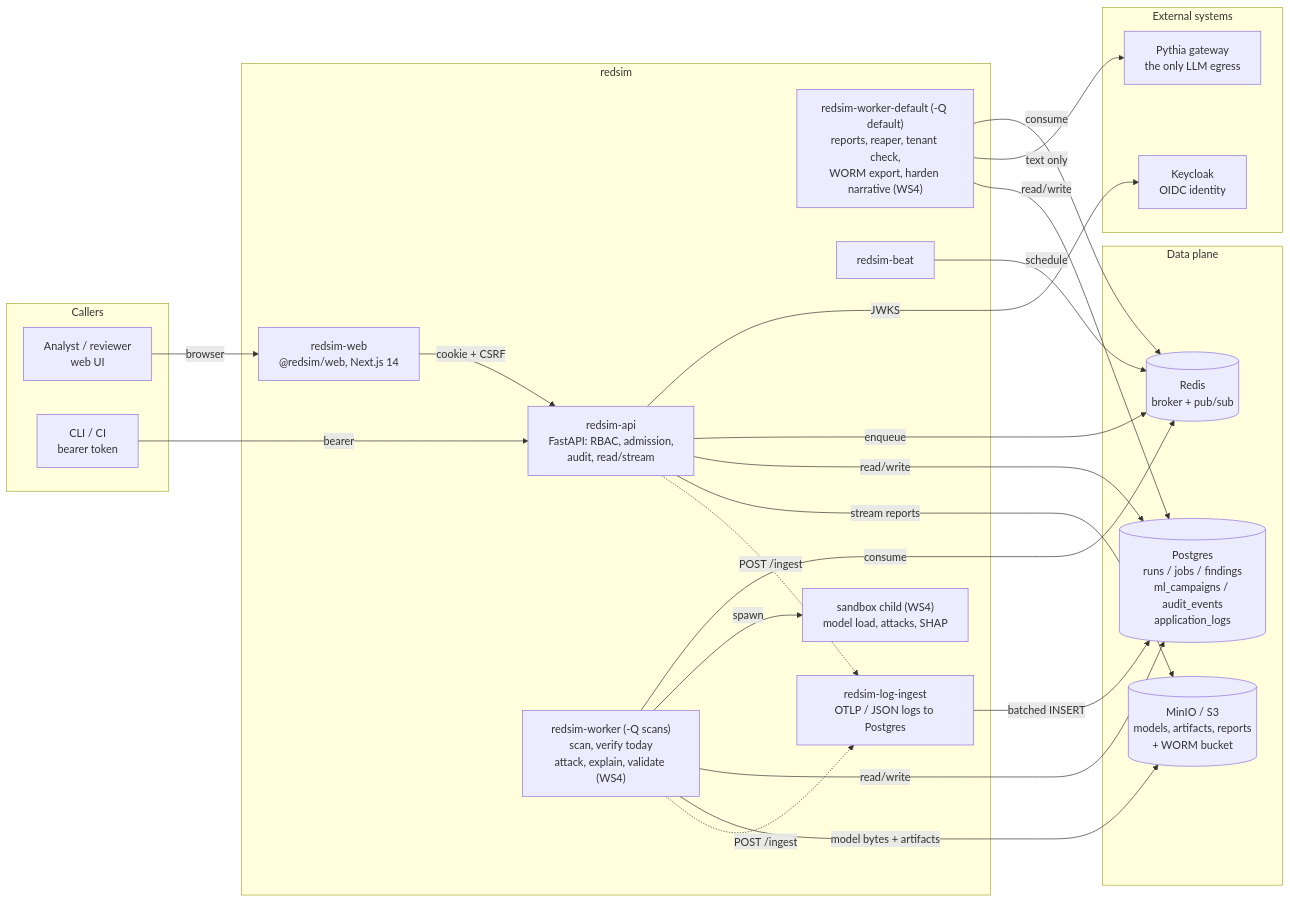
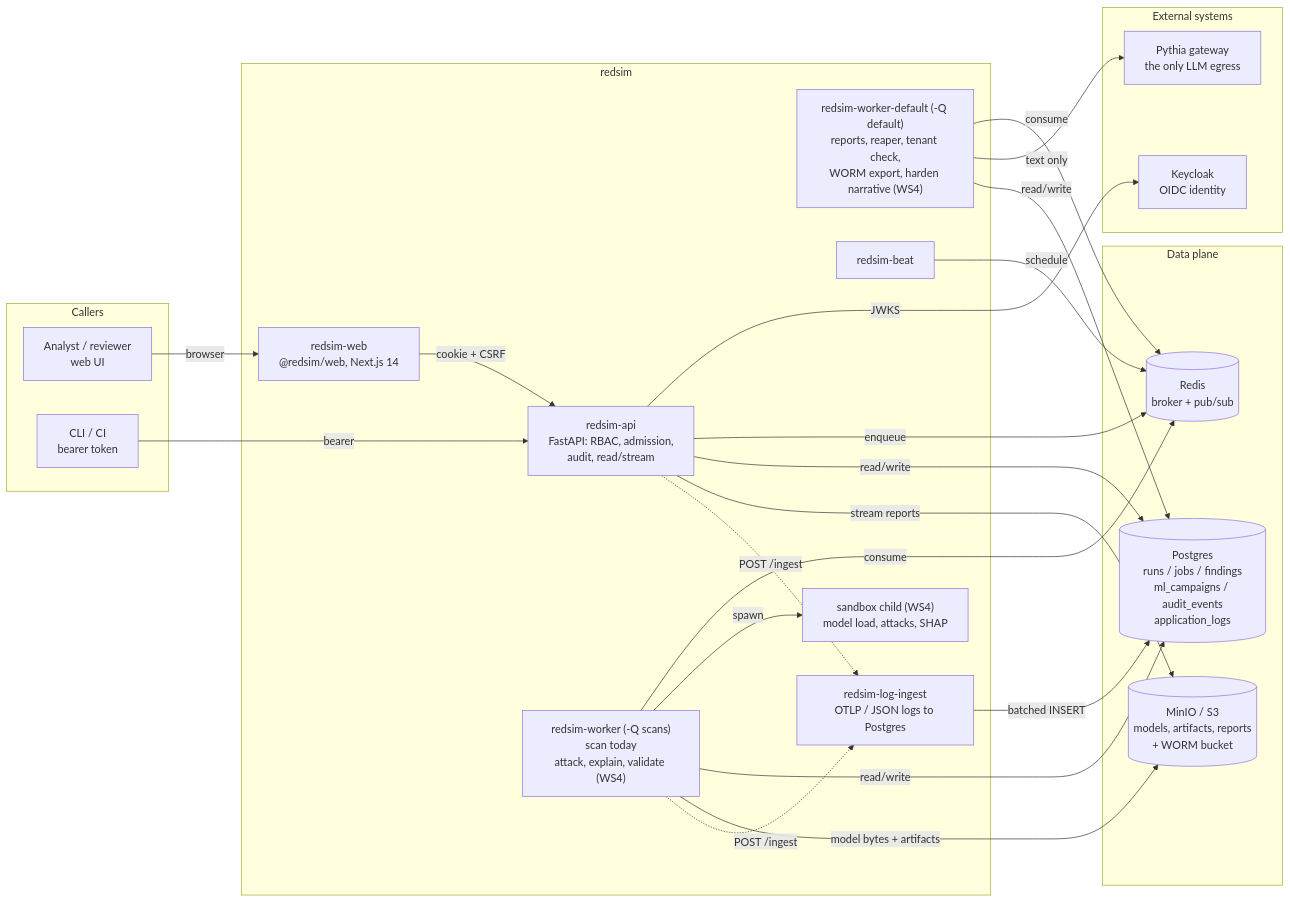
One commit to IntelliBridge/ndia-red-team-simulator changed the first of 5 diagrams in docs/architecture/overview.md. Above: the diagram before and after it, drawn with Mermaid. The commit also changed other lines of this file and 220 other files, not shown here.

````diff
--- a/docs/architecture/overview.md
+++ b/docs/architecture/overview.md
@@ -51,47 +50,47 @@
 ```mermaid
 flowchart LR
   subgraph callers["Callers"]
     analyst["Analyst / reviewer<br/>web UI"]
     cli["CLI / CI<br/>bearer token"]
   end
 
   subgraph redsim["redsim"]
     web["redsim-web<br/>@redsim/web, Next.js 14"]
     api["redsim-api<br/>FastAPI: RBAC, admission,<br/>audit, read/stream"]
-    worker["redsim-worker (-Q scans)<br/>scan, verify today<br/>attack, explain, validate (WS4)"]
+    worker["redsim-worker (-Q scans)<br/>scan today<br/>attack, explain, validate (WS4)"]
     wdef["redsim-worker-default (-Q default)<br/>reports, reaper, tenant check,<br/>WORM export, harden narrative (WS4)"]
     beat["redsim-beat"]
     li["redsim-log-ingest<br/>OTLP / JSON logs to Postgres"]
     child["sandbox child (WS4)<br/>model load, attacks, SHAP"]
   end
 
   subgraph ext["External systems"]
     kc["Keycloak<br/>OIDC identity"]
     pythia["Pythia gateway<br/>the only LLM egress"]
   end
 
   subgraph data["Data plane"]
     pg[("Postgres<br/>runs / jobs / findings<br/>ml_campaigns / audit_events<br/>application_logs")]
     s3[("MinIO / S3<br/>models, artifacts, reports<br/>+ WORM bucket")]
     redis[("Redis<br/>broker + pub/sub")]
   end
 
   analyst -- "browser" --> web
   web -- "cookie + CSRF" --> api
   cli -- "bearer" --> api
   api -- "JWKS" --> kc
   api -- "enqueue" --> redis
   worker -- "consume" --> redis
   wdef -- "consume" --> redis
   beat -- "schedule" --> redis
   worker -- "spawn" --> child
   wdef -- "text only" --> pythia
   api -- "read/write" --> pg
   worker -- "read/write" --> pg
   wdef -- "read/write" --> pg
   worker -- "model bytes + artifacts" --> s3
   api -- "stream reports" --> s3
   api -. "POST /ingest" .-> li
   worker -. "POST /ingest" .-> li
   li -- "batched INSERT" --> pg
 ```
````
